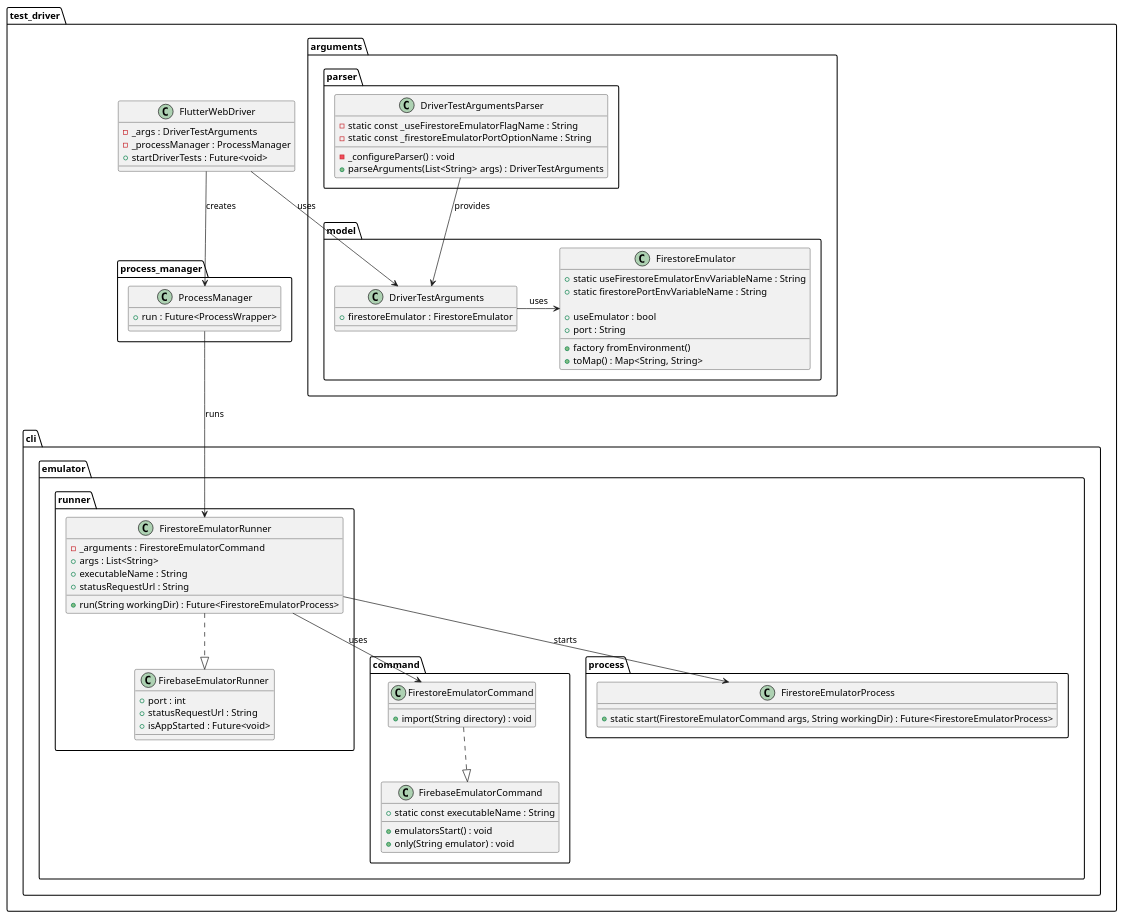
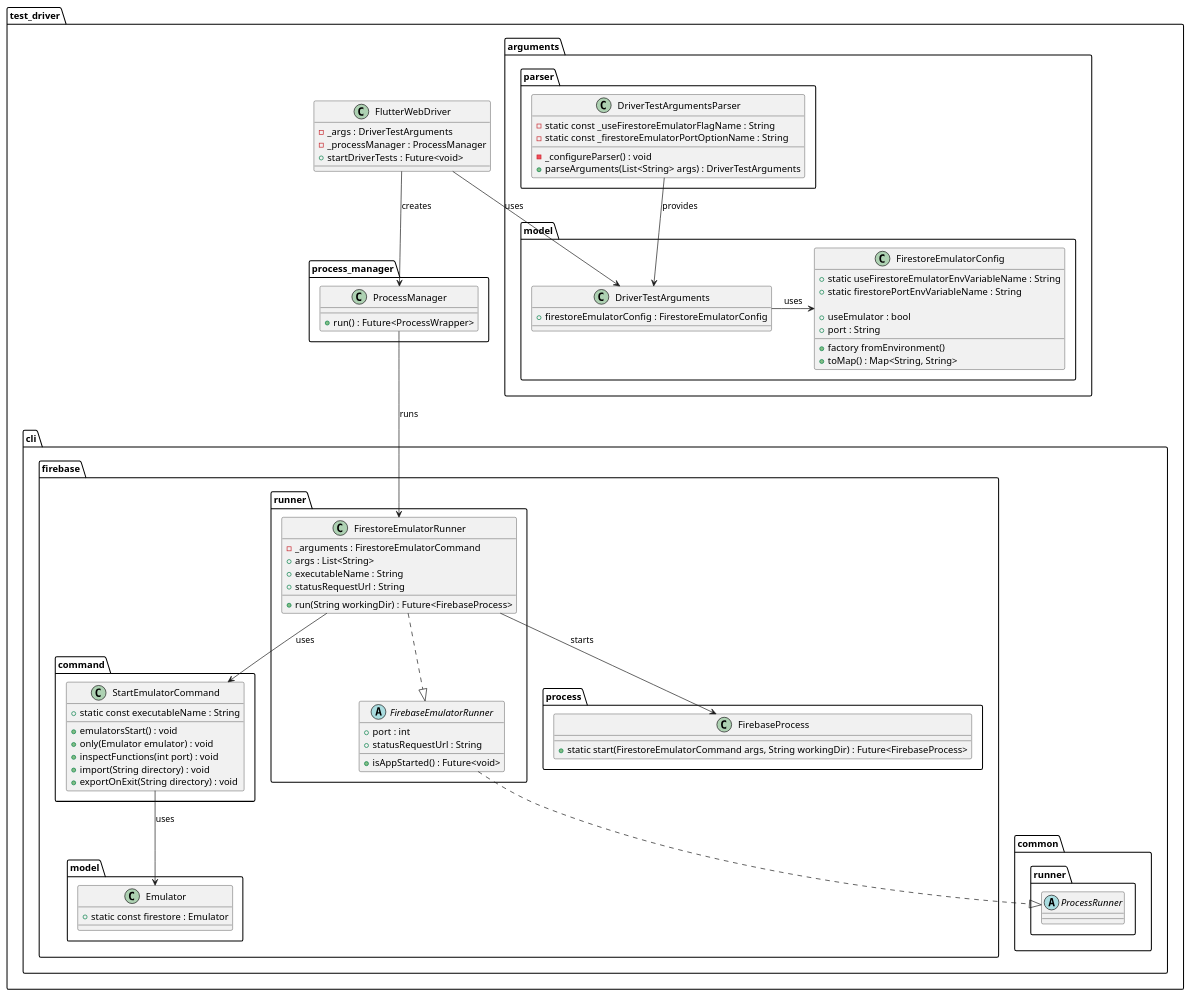
The diagram in metrics/web/docs/features/firestore_emulator_for_driver_tests/diagrams/firestore_emulator_class_diagram.puml (Flank/flank-dashboard), drawn with PlantUML before and after one commit. The commit also changed 2 other files, not shown here.

```diff
--- a/metrics/web/docs/features/firestore_emulator_for_driver_tests/diagrams/firestore_emulator_class_diagram.puml
+++ b/metrics/web/docs/features/firestore_emulator_for_driver_tests/diagrams/firestore_emulator_class_diagram.puml
@@ -1,90 +1,102 @@
 @startuml firestore_emulator_class_diagram
 
 package test_driver {
     class FlutterWebDriver {
         - _args : DriverTestArguments
         - _processManager : ProcessManager
         + startDriverTests : Future<void>  
     }
 
     package arguments {
         package parser {
             class DriverTestArgumentsParser {
                 - static const _useFirestoreEmulatorFlagName : String
                 - static const _firestoreEmulatorPortOptionName : String
                 - _configureParser() : void
                 + parseArguments(List<String> args) : DriverTestArguments
             }
         } 
 
         package model {
             class DriverTestArguments {
-                + firestoreEmulator : FirestoreEmulator
+                + firestoreEmulatorConfig : FirestoreEmulatorConfig
             }
 
-            class FirestoreEmulator {
+            class FirestoreEmulatorConfig {
                 + static useFirestoreEmulatorEnvVariableName : String
                 + static firestorePortEnvVariableName : String
 
                 + useEmulator : bool
                 + port : String
 
                 + factory fromEnvironment()
                 + toMap() : Map<String, String>
             }
         }
     }
 
     package cli {
-        package emulator {
+        package common.runner {
+            abstract class ProcessRunner {}
+        }
+
+        package firebase {
+            package model as firebase_model {
+                class Emulator {
+                    + static const firestore : Emulator
+                }
+            }
+
             package runner {
-                class FirebaseEmulatorRunner {
+                abstract class FirebaseEmulatorRunner {
                     + port : int
                     + statusRequestUrl : String
-                    + isAppStarted : Future<void>
+                    + isAppStarted() : Future<void>
                 }
                 class FirestoreEmulatorRunner {
                     - _arguments : FirestoreEmulatorCommand
                     + args : List<String>
                     + executableName : String
                     + statusRequestUrl : String
-                    + run(String workingDir) : Future<FirestoreEmulatorProcess>
+                    + run(String workingDir) : Future<FirebaseProcess>
                 }
             }
+
             package command {
-                class FirebaseEmulatorCommand {
+                class StartEmulatorCommand {
                     + static const executableName : String
                     + emulatorsStart() : void
-                    + only(String emulator) : void
-                }
-                class FirestoreEmulatorCommand {
+                    + only(Emulator emulator) : void
+                    + inspectFunctions(int port) : void
                     + import(String directory) : void
+                    + exportOnExit(String directory) : void
                 }
             }
+
             package process {
-
-                class FirestoreEmulatorProcess {
-                    + static start(FirestoreEmulatorCommand args, String workingDir) : Future<FirestoreEmulatorProcess>
+                class FirebaseProcess {
+                    + static start(FirestoreEmulatorCommand args, String workingDir) : Future<FirebaseProcess>
                 }
             }
         }
     }
 
     package process_manager {
         class ProcessManager {
-            + run : Future<ProcessWrapper>
+            + run() : Future<ProcessWrapper>
         }
     }
 }
 
 FlutterWebDriver --> DriverTestArguments : uses
-DriverTestArguments -> FirestoreEmulator : uses
+DriverTestArguments -> FirestoreEmulatorConfig: uses
 FlutterWebDriver --> ProcessManager : creates
 ProcessManager --> FirestoreEmulatorRunner : runs
-FirestoreEmulatorRunner --> FirestoreEmulatorCommand : uses
-FirestoreEmulatorRunner --> FirestoreEmulatorProcess : starts
+FirestoreEmulatorRunner --> StartEmulatorCommand : uses
+FirestoreEmulatorRunner --> FirebaseProcess : starts
 FirestoreEmulatorRunner ..|> FirebaseEmulatorRunner
+FirebaseEmulatorRunner ..|> ProcessRunner
+StartEmulatorCommand --> Emulator : uses
 DriverTestArgumentsParser --> DriverTestArguments : provides
-FirestoreEmulatorCommand ..|> FirebaseEmulatorCommand
 
 @enduml
```
